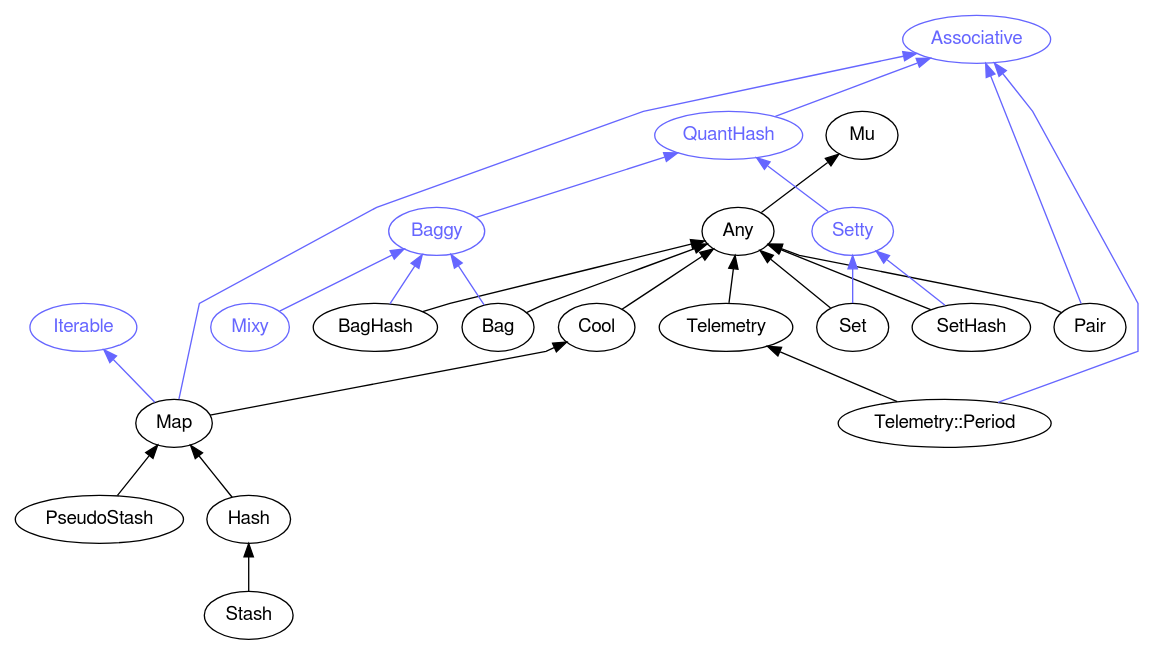
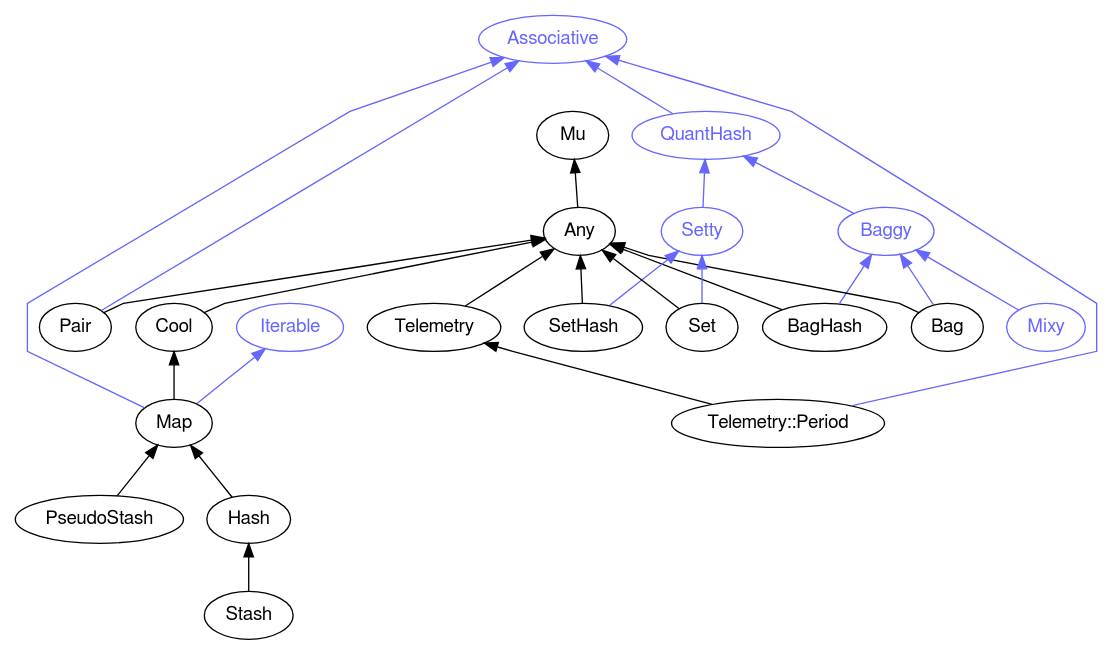
One commit to perl6docs/perl6docs.github.io changed the diagram in images/type-graph-Associative.svg.dot. Above: the diagram before and after it, drawn with Graphviz. The commit also changed other lines of this file and 1889 other files, not shown here.

```diff
--- a/images/type-graph-Associative.svg.dot
+++ b/images/type-graph-Associative.svg.dot
@@ -1,55 +1,55 @@
 digraph "perl6-type-graph" {
     rankdir=BT;
     splines=polyline;
     overlap=false; 
     // Types
     "Associative" [color="#6666FF", fontcolor="#6666FF", href="/type/Associative", fontname="FreeSans"];
+    "QuantHash" [color="#6666FF", fontcolor="#6666FF", href="/type/QuantHash", fontname="FreeSans"];
     "Mu" [color="#000000", fontcolor="#000000", href="/type/Mu", fontname="FreeSans"];
     "Any" [color="#000000", fontcolor="#000000", href="/type/Any", fontname="FreeSans"];
     "Telemetry" [color="#000000", fontcolor="#000000", href="/type/Telemetry", fontname="FreeSans"];
     "Telemetry::Period" [color="#000000", fontcolor="#000000", href="/type/Telemetry::Period", fontname="FreeSans"];
-    "QuantHash" [color="#6666FF", fontcolor="#6666FF", href="/type/QuantHash", fontname="FreeSans"];
     "Cool" [color="#000000", fontcolor="#000000", href="/type/Cool", fontname="FreeSans"];
     "Iterable" [color="#6666FF", fontcolor="#6666FF", href="/type/Iterable", fontname="FreeSans"];
     "Map" [color="#000000", fontcolor="#000000", href="/type/Map", fontname="FreeSans"];
     "Pair" [color="#000000", fontcolor="#000000", href="/type/Pair", fontname="FreeSans"];
     "PseudoStash" [color="#000000", fontcolor="#000000", href="/type/PseudoStash", fontname="FreeSans"];
     "Hash" [color="#000000", fontcolor="#000000", href="/type/Hash", fontname="FreeSans"];
     "Baggy" [color="#6666FF", fontcolor="#6666FF", href="/type/Baggy", fontname="FreeSans"];
     "Setty" [color="#6666FF", fontcolor="#6666FF", href="/type/Setty", fontname="FreeSans"];
     "Stash" [color="#000000", fontcolor="#000000", href="/type/Stash", fontname="FreeSans"];
     "BagHash" [color="#000000", fontcolor="#000000", href="/type/BagHash", fontname="FreeSans"];
+    "Bag" [color="#000000", fontcolor="#000000", href="/type/Bag", fontname="FreeSans"];
     "Mixy" [color="#6666FF", fontcolor="#6666FF", href="/type/Mixy", fontname="FreeSans"];
-    "Bag" [color="#000000", fontcolor="#000000", href="/type/Bag", fontname="FreeSans"];
     "SetHash" [color="#000000", fontcolor="#000000", href="/type/SetHash", fontname="FreeSans"];
     "Set" [color="#000000", fontcolor="#000000", href="/type/Set", fontname="FreeSans"];
 
     // Superclasses
     "Any" -> "Mu" [color="#000000"];
     "Telemetry" -> "Any" [color="#000000"];
     "Telemetry::Period" -> "Telemetry" [color="#000000"];
     "Cool" -> "Any" [color="#000000"];
     "Map" -> "Cool" [color="#000000"];
     "Pair" -> "Any" [color="#000000"];
     "PseudoStash" -> "Map" [color="#000000"];
     "Hash" -> "Map" [color="#000000"];
     "Stash" -> "Hash" [color="#000000"];
     "BagHash" -> "Any" [color="#000000"];
     "Bag" -> "Any" [color="#000000"];
     "SetHash" -> "Any" [color="#000000"];
     "Set" -> "Any" [color="#000000"];
 
     // Roles
+    "QuantHash" -> "Associative" [color="#6666FF"];
     "Telemetry::Period" -> "Associative" [color="#6666FF"];
-    "QuantHash" -> "Associative" [color="#6666FF"];
     "Map" -> "Iterable" [color="#6666FF"];
     "Map" -> "Associative" [color="#6666FF"];
     "Pair" -> "Associative" [color="#6666FF"];
     "Baggy" -> "QuantHash" [color="#6666FF"];
     "Setty" -> "QuantHash" [color="#6666FF"];
     "BagHash" -> "Baggy" [color="#6666FF"];
+    "Bag" -> "Baggy" [color="#6666FF"];
     "Mixy" -> "Baggy" [color="#6666FF"];
-    "Bag" -> "Baggy" [color="#6666FF"];
     "SetHash" -> "Setty" [color="#6666FF"];
     "Set" -> "Setty" [color="#6666FF"];
 }
```
